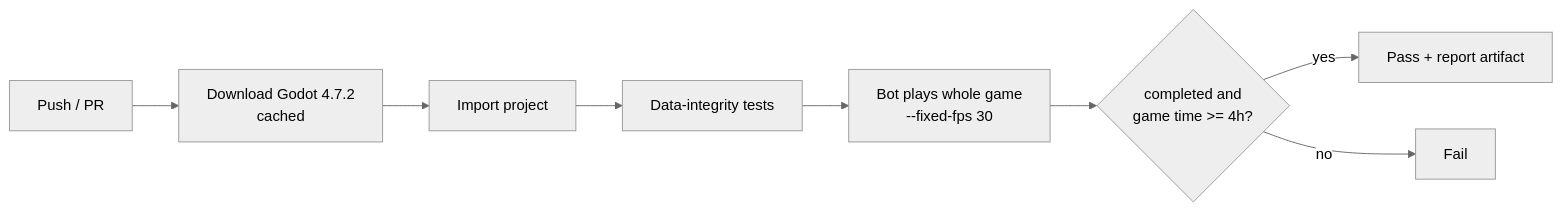
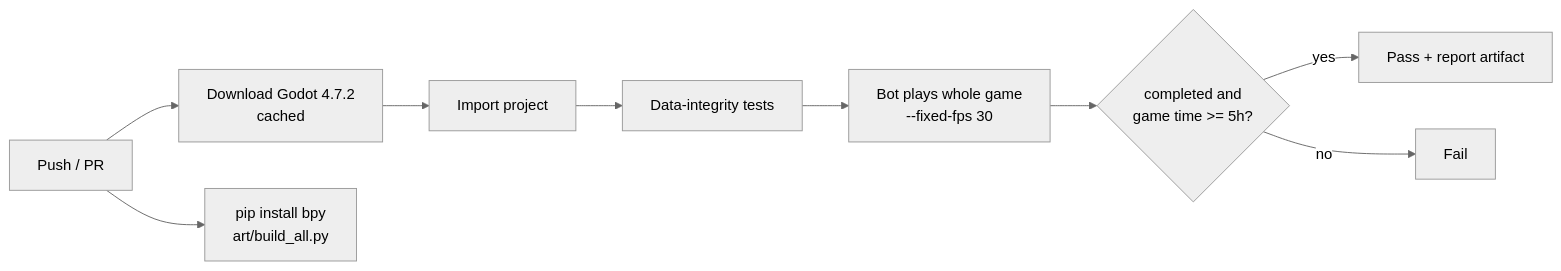
Before and after one commit to jgyy/timegox: the sixth of 6 diagrams in README.md, drawn with Mermaid (neutral theme). The commit also changed other lines of this file and 127 other files, not shown here.

Commit message:
Blender asset pipeline, graphics code doubled, Part V (+1 hour), bug fixes (#5)

````diff
--- a/README.md
+++ b/README.md
@@ -293,10 +349,11 @@
 ```mermaid
 flowchart LR
     PR[Push / PR] --> DL[Download Godot 4.7.2<br/>cached]
     DL --> IMP[Import project]
     IMP --> T[Data-integrity tests]
     T --> B[Bot plays whole game<br/>--fixed-fps 30]
-    B --> G{completed and<br/>game time >= 4h?}
+    B --> G{completed and<br/>game time >= 5h?}
+    PR --> ART[pip install bpy<br/>art/build_all.py]
     G -- yes --> OK[Pass + report artifact]
     G -- no --> FAIL[Fail]
 ```
````
